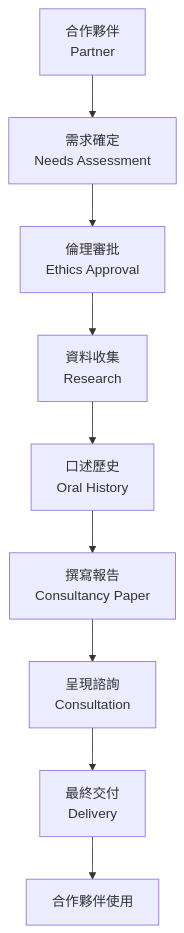
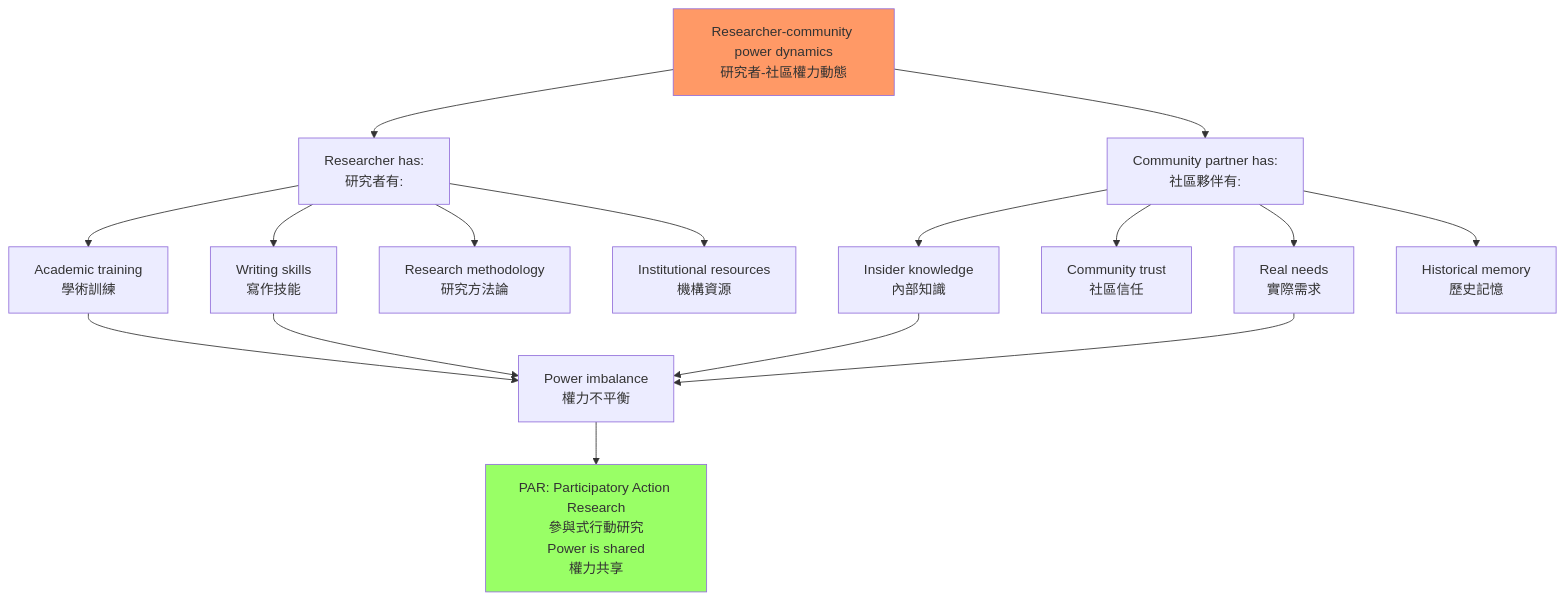
One commit to yip-lgtm/HKU-Harvard-History-Self-Study changed the third of 5 diagrams in 01_HKU_Courses/HIST4035_History_Applied_Internship.md. Above: the diagram before and after it, drawn with Mermaid. The commit also changed other lines of this file and 25 other files, not shown here.

````diff
--- a/01_HKU_Courses/HIST4035_History_Applied_Internship.md
+++ b/01_HKU_Courses/HIST4035_History_Applied_Internship.md
@@ -333,11 +150,25 @@
 ```mermaid
-flowchart TD
-    A[合作夥伴<br/>Partner] --> B[需求確定<br/>Needs Assessment]
-    B --> C[倫理審批<br/>Ethics Approval]
-    C --> D[資料收集<br/>Research]
-    D --> E[口述歷史<br/>Oral History]
-    E --> F[撰寫報告<br/>Consultancy Paper]
-    F --> G[呈現諮詢<br/>Consultation]
-    G --> H[最終交付<br/>Delivery]
-    H --> I[合作夥伴使用]
+graph TD
+    A[Researcher-community power dynamics<br/>研究者-社區權力動態] --> B[Researcher has:<br/>研究者有:]
+    A --> C[Community partner has:<br/>社區夥伴有:]
+    
+    B --> B1[Academic training<br/>學術訓練]
+    B --> B2[Writing skills<br/>寫作技能]
+    B --> B3[Research methodology<br/>研究方法論]
+    B --> B4[Institutional resources<br/>機構資源]
+    
+    C --> C1[Insider knowledge<br/>內部知識]
+    C --> C2[Community trust<br/>社區信任]
+    C --> C3[Real needs<br/>實際需求]
+    C --> C4[Historical memory<br/>歷史記憶]
+    
+    B1 --> D[Power imbalance<br/>權力不平衡]
+    B2 --> D
+    C1 --> D
+    C3 --> D
+    
+    D --> E[PAR: Participatory Action Research<br/>參與式行動研究<br/>Power is shared<br/>權力共享]
+    
+    style A fill:#f96
+    style E fill:#9f6
 ```
````
